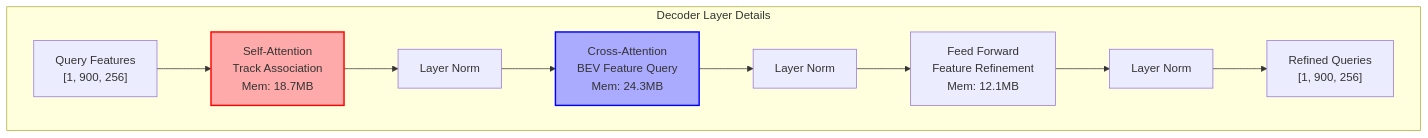
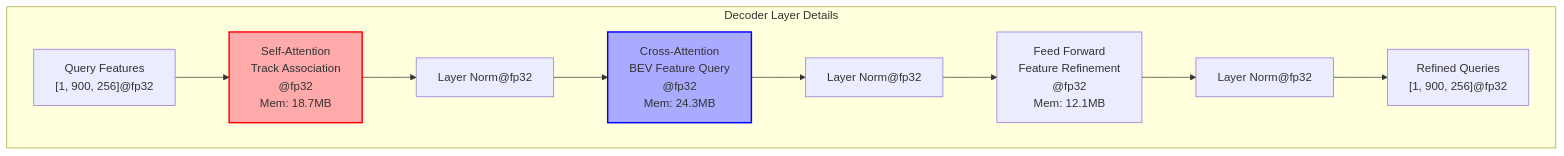
Before and after one commit to litanlitudan/UniAD: the second of 4 diagrams in tools/pytorch_op_tracer/reports/task_heads/track_head_report.md, drawn with Mermaid. The commit also changed other lines of this file and 17 other files, not shown here.

````diff
--- a/tools/pytorch_op_tracer/reports/task_heads/track_head_report.md
+++ b/tools/pytorch_op_tracer/reports/task_heads/track_head_report.md
@@ -57,27 +57,27 @@
 ```mermaid
 graph TB
     subgraph "Decoder Layer Details"
-        Input["Query Features<br/>[1, 900, 256]"]
+        Input["Query Features<br/>[1, 900, 256]@fp32"]
         
-        SA["Self-Attention<br/>Track Association<br/>Mem: 18.7MB"]
+        SA["Self-Attention<br/>Track Association<br/>@fp32<br/>Mem: 18.7MB"]
         
-        CA["Cross-Attention<br/>BEV Feature Query<br/>Mem: 24.3MB"]
+        CA["Cross-Attention<br/>BEV Feature Query<br/>@fp32<br/>Mem: 24.3MB"]
         
-        FFN["Feed Forward<br/>Feature Refinement<br/>Mem: 12.1MB"]
+        FFN["Feed Forward<br/>Feature Refinement<br/>@fp32<br/>Mem: 12.1MB"]
         
-        Norm1["Layer Norm"]
-        Norm2["Layer Norm"]
-        Norm3["Layer Norm"]
+        Norm1["Layer Norm@fp32"]
+        Norm2["Layer Norm@fp32"]
+        Norm3["Layer Norm@fp32"]
         
         Input --> SA
         SA --> Norm1
         Norm1 --> CA
         CA --> Norm2
         Norm2 --> FFN
         FFN --> Norm3
-        Norm3 --> Output["Refined Queries<br/>[1, 900, 256]"]
+        Norm3 --> Output["Refined Queries<br/>[1, 900, 256]@fp32"]
     end
     
     style SA fill:#faa,stroke:#f00,stroke-width:2px
     style CA fill:#aaf,stroke:#00f,stroke-width:2px
 ```
````
